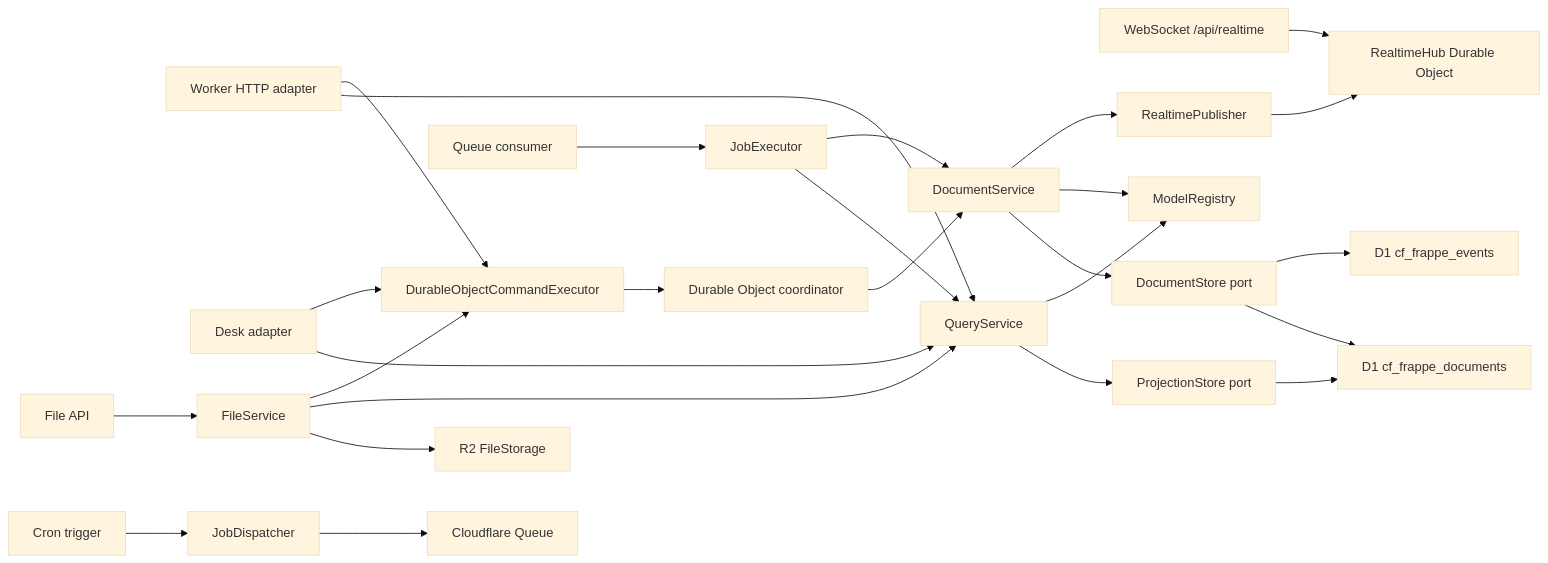
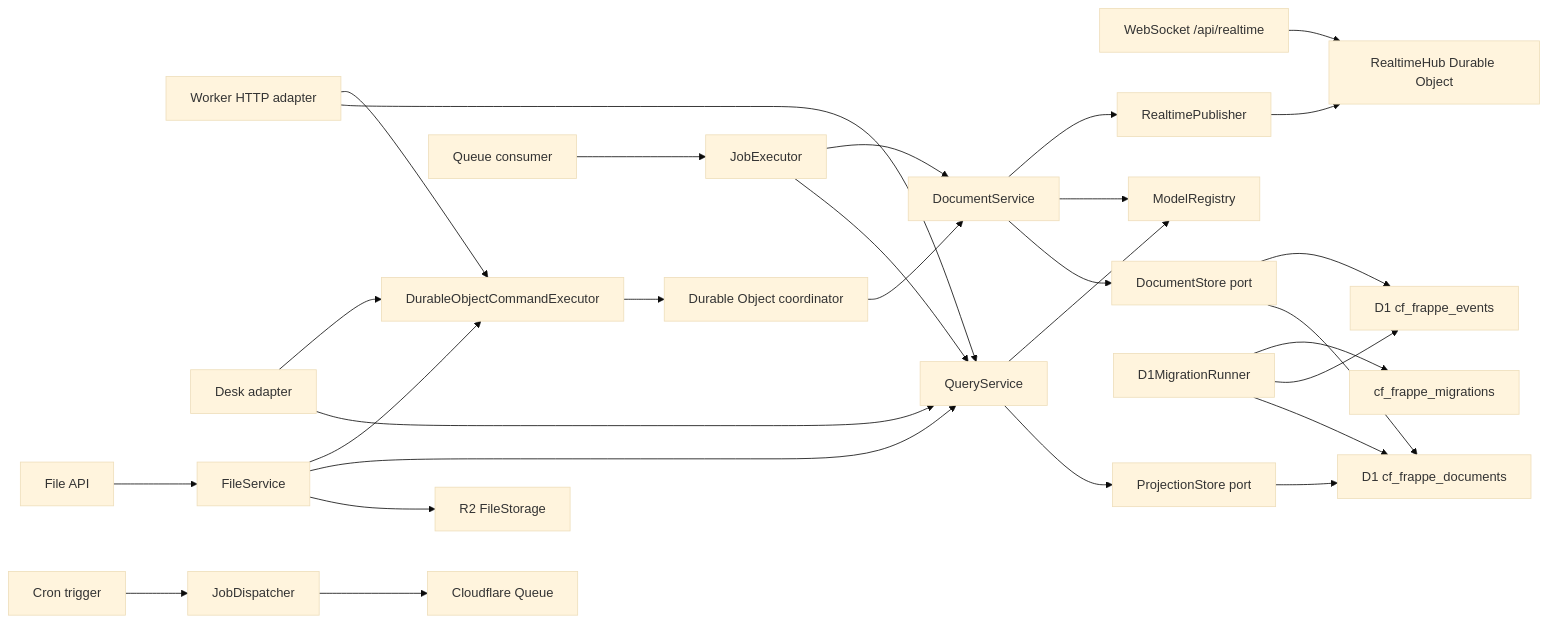
One commit to victor-develop/cf-frappe changed the diagram in README.md. Above: the diagram before and after it, drawn with Mermaid (base theme). The commit also changed other lines of this file and 10 other files, not shown here.

````diff
--- a/README.md
+++ b/README.md
@@ -307,28 +321,31 @@
 ```mermaid
 flowchart LR
   HTTP["Worker HTTP adapter"] --> DOCLIENT["DurableObjectCommandExecutor"]
   DESK["Desk adapter"] --> DOCLIENT
   DESK --> QUERY
   CRON["Cron trigger"] --> JOBS["JobDispatcher"]
   QUEUE["Queue consumer"] --> EXEC["JobExecutor"]
   FILES["File API"] --> FSVC["FileService"]
   FSVC --> DOCLIENT
   FSVC --> QUERY
   FSVC --> R2["R2 FileStorage"]
   WS["WebSocket /api/realtime"] --> RTHUB["RealtimeHub Durable Object"]
   APP --> RT["RealtimePublisher"]
   RT --> RTHUB
   JOBS --> CFQ["Cloudflare Queue"]
   EXEC --> APP
   EXEC --> QUERY
   DOCLIENT --> DO["Durable Object coordinator"]
   DO --> APP["DocumentService"]
   HTTP --> QUERY["QueryService"]
   APP --> REG["ModelRegistry"]
   QUERY --> REG
   APP --> STORE["DocumentStore port"]
+  MIG["D1MigrationRunner"] --> D1M["cf_frappe_migrations"]
+  MIG --> D1E
+  MIG --> D1P
   QUERY --> PS["ProjectionStore port"]
   STORE --> D1E["D1 cf_frappe_events"]
   STORE --> D1P["D1 cf_frappe_documents"]
   PS --> D1P
 ```
````
